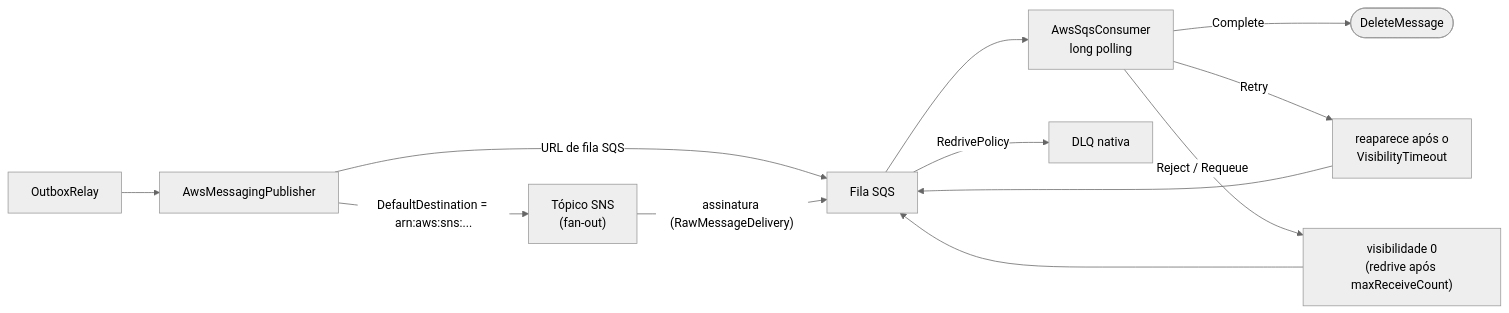
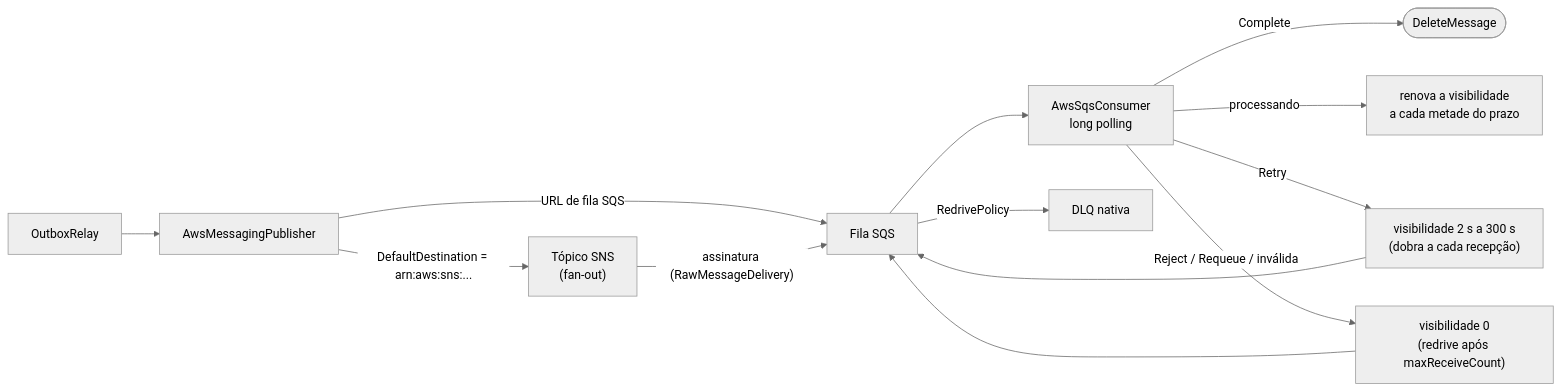
The diagram in docs/aws.md (tudoemcodigo/lib-tec-messaging), drawn with Mermaid (neutral theme) before and after one commit. The commit also changed other lines of this file and 82 other files, not shown here.

````diff
--- a/docs/aws.md
+++ b/docs/aws.md
@@ -24,12 +24,13 @@
 ```mermaid
 flowchart LR
     R["OutboxRelay"] --> P["AwsMessagingPublisher"]
     P -- "DefaultDestination = arn:aws:sns:..." --> SNS["Tópico SNS<br/>(fan-out)"]
     P -- "URL de fila SQS" --> SQS["Fila SQS"]
     SNS -- "assinatura (RawMessageDelivery)" --> SQS
     SQS --> C["AwsSqsConsumer<br/>long polling"]
     C -- "Complete" --> DEL(["DeleteMessage"])
-    C -- "Retry" --> VT["reaparece após o<br/>VisibilityTimeout"] --> SQS
-    C -- "Reject / Requeue" --> V0["visibilidade 0<br/>(redrive após maxReceiveCount)"] --> SQS
+    C -- "processando" --> RN["renova a visibilidade<br/>a cada metade do prazo"]
+    C -- "Retry" --> VT["visibilidade 2 s a 300 s<br/>(dobra a cada recepção)"] --> SQS
+    C -- "Reject / Requeue / inválida" --> V0["visibilidade 0<br/>(redrive após maxReceiveCount)"] --> SQS
     SQS -- "RedrivePolicy" --> DLQ["DLQ nativa"]
 ```
````
